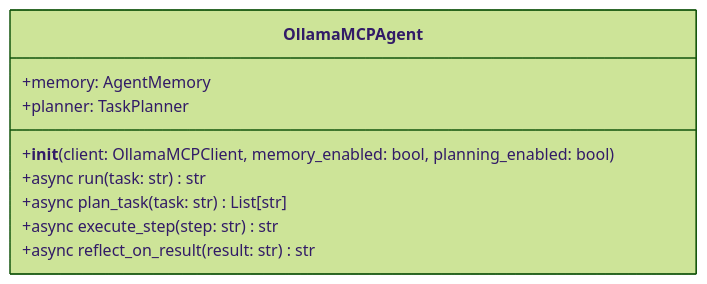
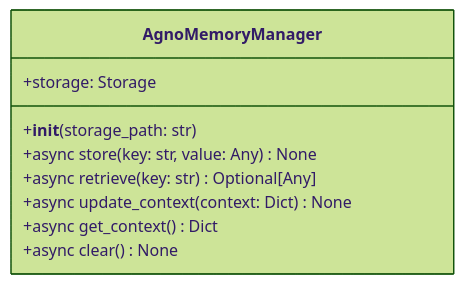
The second of 5 diagrams in docs/API_DOCUMENTATION.md (NewAITees/ollama-mcp-client-webapp), drawn with Mermaid (forest theme) before and after one commit. The commit also changed other lines of this file and 18 other files, not shown here.

First line of the commit message:
Refactor Ollama MCP Client & Agent to integrate Agno framework and enhance multimodal capabilities

````diff
--- a/docs/API_DOCUMENTATION.md
+++ b/docs/API_DOCUMENTATION.md
@@ -59,12 +74,12 @@
 ```mermaid
 classDiagram
-    class OllamaMCPAgent {
-        +__init__(client: OllamaMCPClient, memory_enabled: bool, planning_enabled: bool)
-        +async run(task: str) str
-        +async plan_task(task: str) List[str]
-        +async execute_step(step: str) str
-        +async reflect_on_result(result: str) str
-        +memory: AgentMemory
-        +planner: TaskPlanner
+    class AgnoMemoryManager {
+        +__init__(storage_path: str)
+        +async store(key: str, value: Any) None
+        +async retrieve(key: str) Optional[Any]
+        +async update_context(context: Dict) None
+        +async get_context() Dict
+        +async clear() None
+        +storage: Storage
     }
 ```
````
